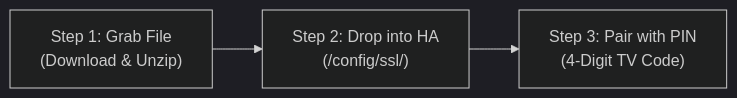
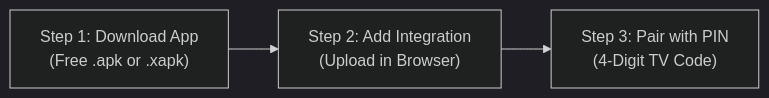
Before and after one commit to stevene1919/vidaa: the diagram in docs/quick_start_beginners.md, drawn with Mermaid (dark theme). The commit also changed other lines of this file and 20 other files, not shown here.

First line of the commit message:
refactor(certs,flow): modularize certificate handling, options flow, and test stubs

````diff
--- a/docs/quick_start_beginners.md
+++ b/docs/quick_start_beginners.md
@@ -25,4 +25,4 @@
 ```mermaid
 flowchart LR
-    Step1["Step 1: Grab File<br/>(Download & Unzip)"] --> Step2["Step 2: Drop into HA<br/>(/config/ssl/)"] --> Step3["Step 3: Pair with PIN<br/>(4-Digit TV Code)"]
+    Step1["Step 1: Download App<br/>(Free .apk or .xapk)"] --> Step2["Step 2: Add Integration<br/>(Upload in Browser)"] --> Step3["Step 3: Pair with PIN<br/>(4-Digit TV Code)"]
 ```
````
